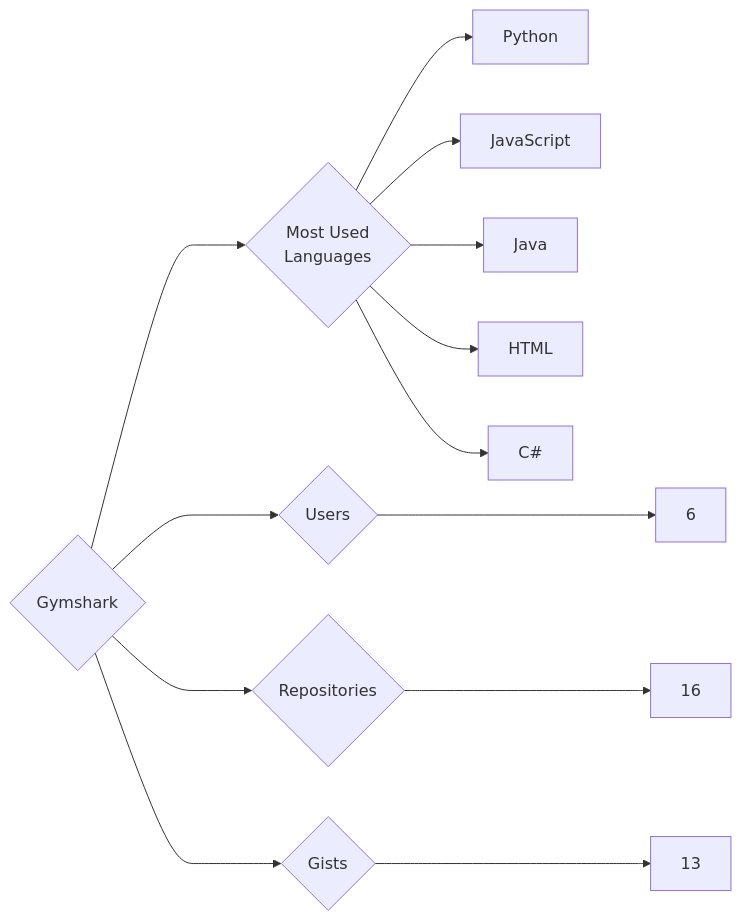
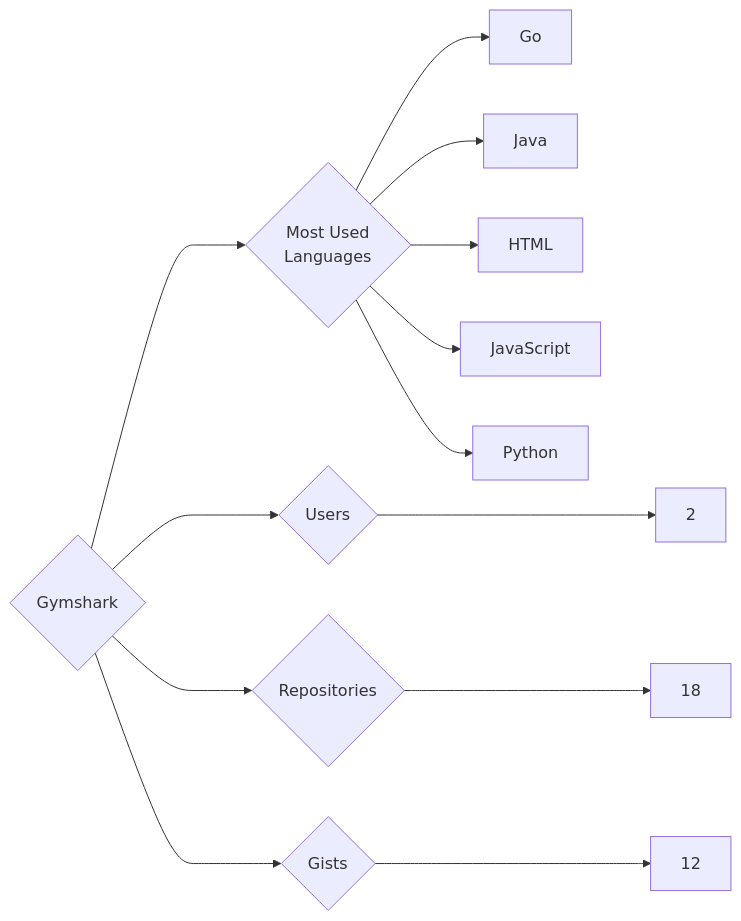
The diagram in targets/Gymshark/README.md (trickest/insiders), drawn with Mermaid before and after one commit. The commit also changed 559 other files, not shown here.

````diff
--- a/targets/Gymshark/README.md
+++ b/targets/Gymshark/README.md
@@ -3,13 +3,13 @@
 ```mermaid
 graph LR
 COMPANY_NAME{Gymshark}
-COMPANY_NAME ---> U{Users} ---> UN[6]
-COMPANY_NAME ---> R{Repositories} ---> RN[16]
-COMPANY_NAME ---> G{Gists} ---> GN[13]
+COMPANY_NAME ---> U{Users} ---> UN[2]
+COMPANY_NAME ---> R{Repositories} ---> RN[18]
+COMPANY_NAME ---> G{Gists} ---> GN[12]
 COMPANY_NAME ---> ML{Most Used<br>Languages}
-ML --> Python[Python]
-ML --> JavaScript[JavaScript]
+ML --> Go[Go]
 ML --> Java[Java]
 ML --> HTML[HTML]
-ML --> C#[C#]
+ML --> JavaScript[JavaScript]
+ML --> Python[Python]
 ```
````
